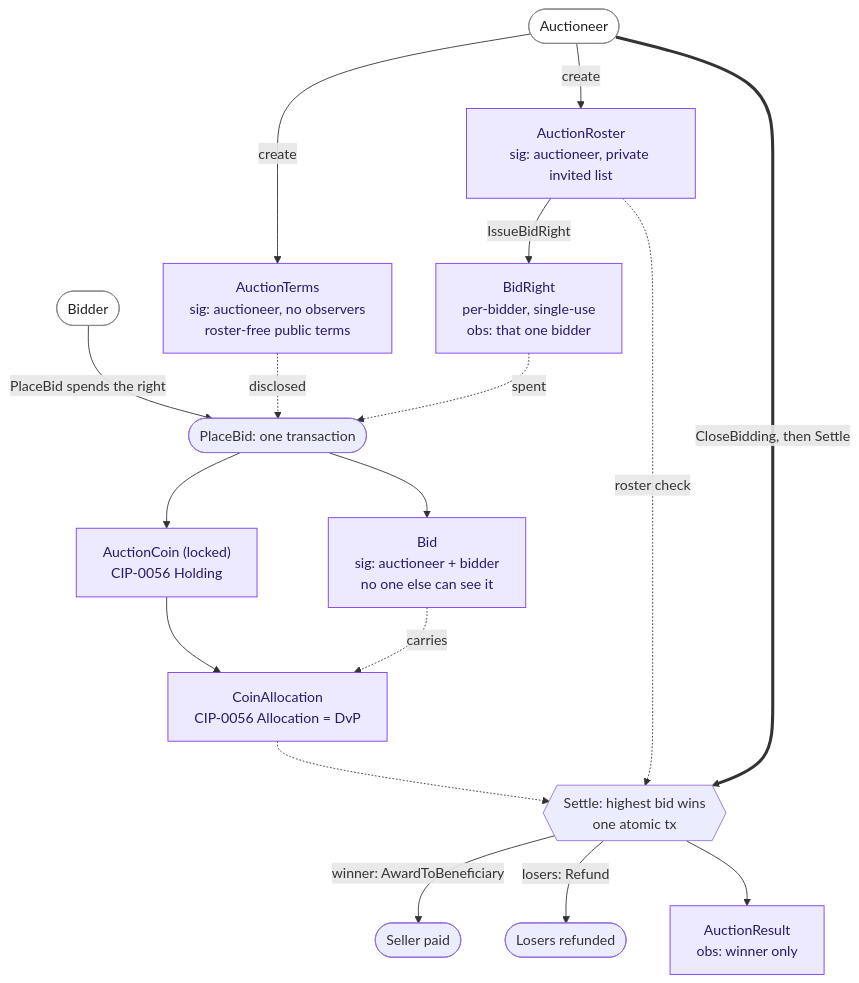
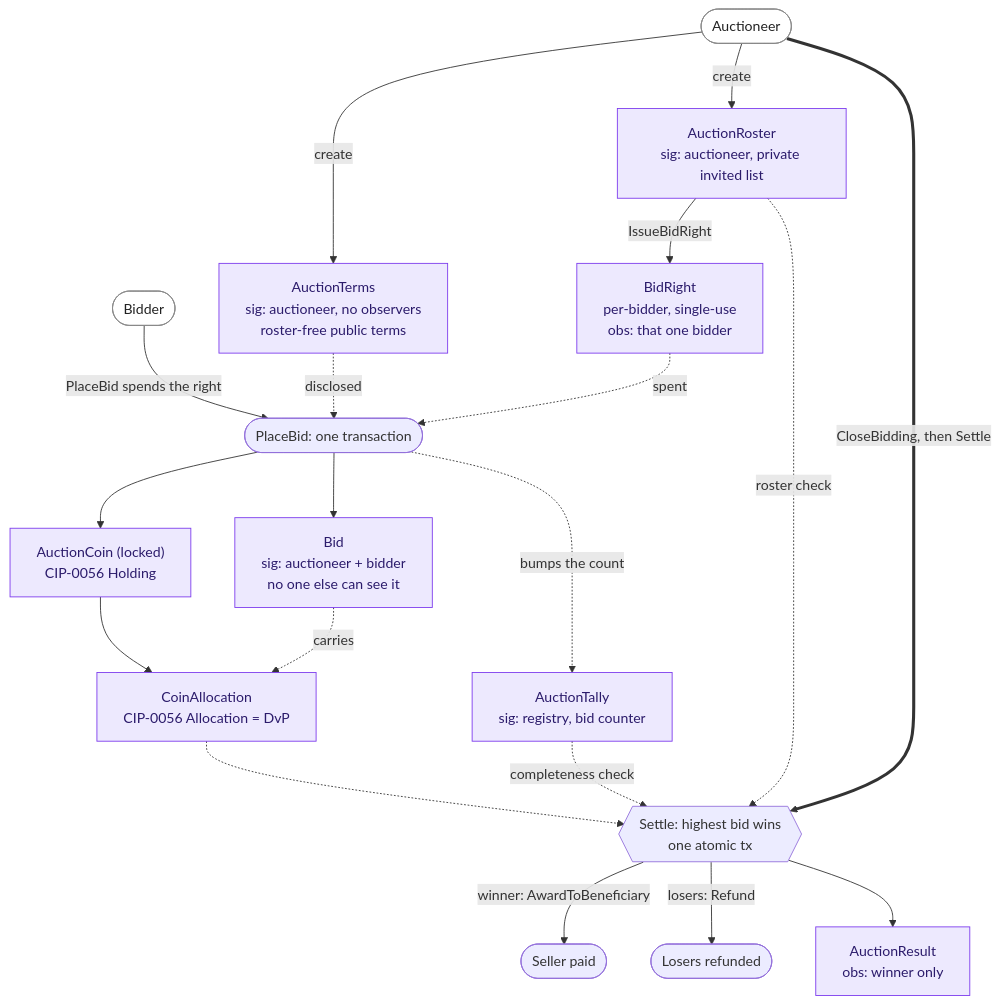
One commit to Giri-Aayush/solidity-to-daml-confidential-auction changed the diagram in guide/solidity-to-daml.md. Above: the diagram before and after it, drawn with Mermaid. The commit also changed other lines of this file, not shown here.

Commit message:
show AuctionTally in the guide map and fix the template count (#16)
The at-a-glance diagram still showed seven template nodes and the prose said
"six," both stale: the registry-signed bid counter the winner-correctness fix
added was missing. The map now shows AuctionTally (PlaceBid bumps the count,
Settle checks it for completeness) and the count reads eight.

````diff
--- a/guide/solidity-to-daml.md
+++ b/guide/solidity-to-daml.md
@@ -44,27 +44,29 @@
 ```mermaid
 flowchart TD
     classDef tmpl fill:#ede9fe,stroke:#7c3aed,color:#2b1b6b;
     classDef party fill:#ffffff,stroke:#888,color:#222;
 
     AUC([Auctioneer]):::party
     BID([Bidder]):::party
 
     AUC -->|create| AT["AuctionTerms<br/>sig: auctioneer, no observers<br/>roster-free public terms"]:::tmpl
     AUC -->|create| AR["AuctionRoster<br/>sig: auctioneer, private invited list"]:::tmpl
     AR -->|IssueBidRight| BR["BidRight<br/>per-bidder, single-use<br/>obs: that one bidder"]:::tmpl
 
     BID -->|PlaceBid spends the right| PB(["PlaceBid: one transaction"])
     BR -.->|spent| PB
     AT -.->|disclosed| PB
     PB --> CO["AuctionCoin (locked)<br/>CIP-0056 Holding"]:::tmpl
     PB --> BD["Bid<br/>sig: auctioneer + bidder<br/>no one else can see it"]:::tmpl
     CO --> AL["CoinAllocation<br/>CIP-0056 Allocation = DvP"]:::tmpl
     BD -.->|carries| AL
+    PB -.->|bumps the count| TY["AuctionTally<br/>sig: registry, bid counter"]:::tmpl
 
     AUC ==>|CloseBidding, then Settle| ST{{"Settle: highest bid wins<br/>one atomic tx"}}
     AL -.-> ST
     AR -.->|roster check| ST
+    TY -.->|completeness check| ST
     ST -->|winner: AwardToBeneficiary| SE([Seller paid])
     ST -->|losers: Refund| RF([Losers refunded])
     ST --> RS["AuctionResult<br/>obs: winner only"]:::tmpl
 ```
````
